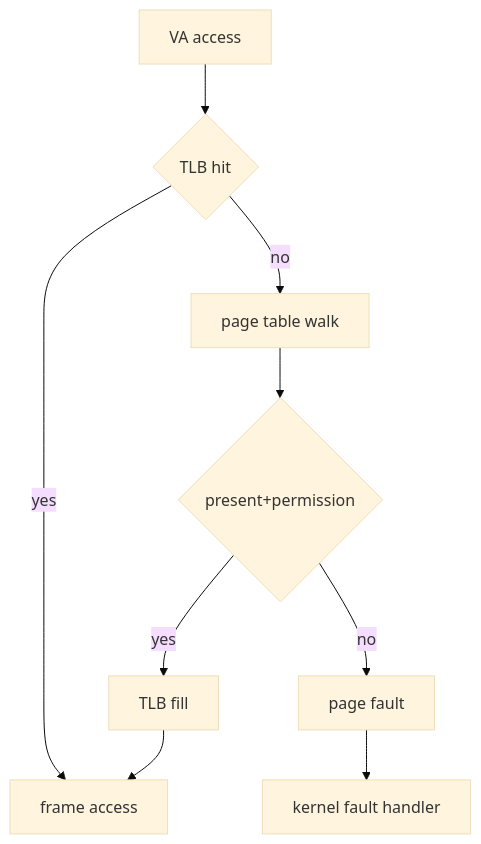
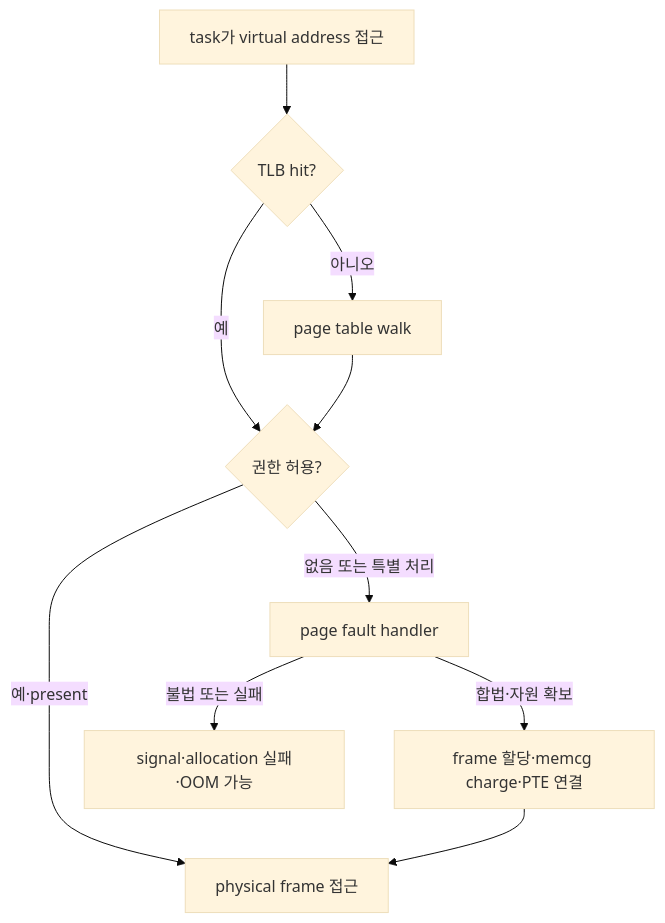
One commit to mj006648/netai-devsecops-runbook changed the diagram in learning/ubuntu-linux-internals/04-memory-pages-reclaim-and-psi.md. Above: the diagram before and after it, drawn with Mermaid (base theme). The commit also changed other lines of this file and 165 other files, not shown here.

````diff
--- a/learning/ubuntu-linux-internals/04-memory-pages-reclaim-and-psi.md
+++ b/learning/ubuntu-linux-internals/04-memory-pages-reclaim-and-psi.md
@@ -14,10 +15,12 @@
 ```mermaid
 flowchart TD
-    A[VA access] --> T{TLB hit}
-    T -->|yes| R[frame access]
-    T -->|no| W[page table walk]
-    W --> P{present+permission}
-    P -->|yes| F[TLB fill] --> R
-    P -->|no| X[page fault]
-    X --> H[kernel fault handler]
+    A[task가 virtual address 접근] --> T{TLB hit?}
+    T -->|예| P{권한 허용?}
+    T -->|아니오| W[page table walk]
+    W --> P
+    P -->|예·present| R[physical frame 접근]
+    P -->|없음 또는 특별 처리| F[page fault handler]
+    F -->|합법·자원 확보| M[frame 할당·memcg charge·PTE 연결]
+    M --> R
+    F -->|불법 또는 실패| E[signal·allocation 실패·OOM 가능]
 ```
````
